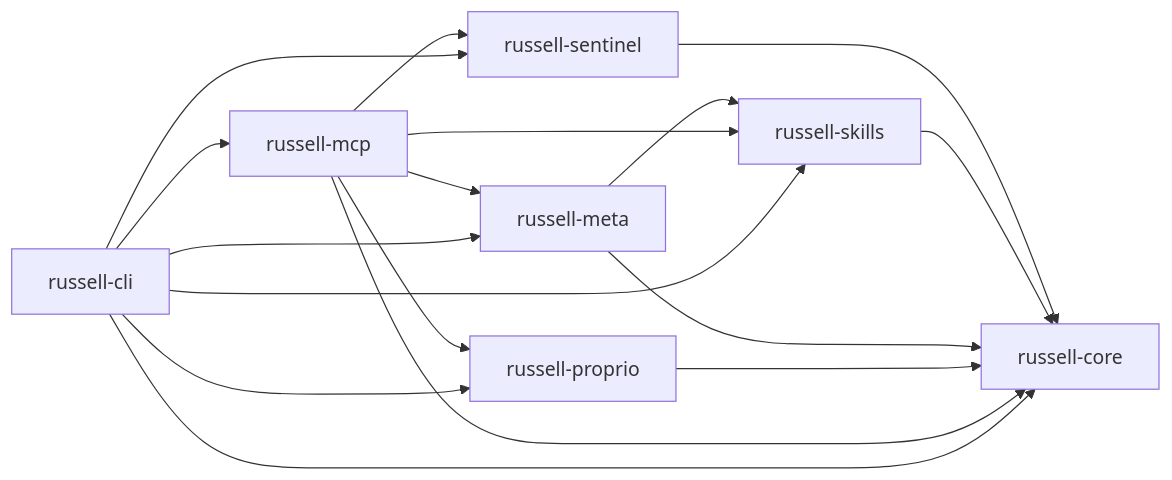
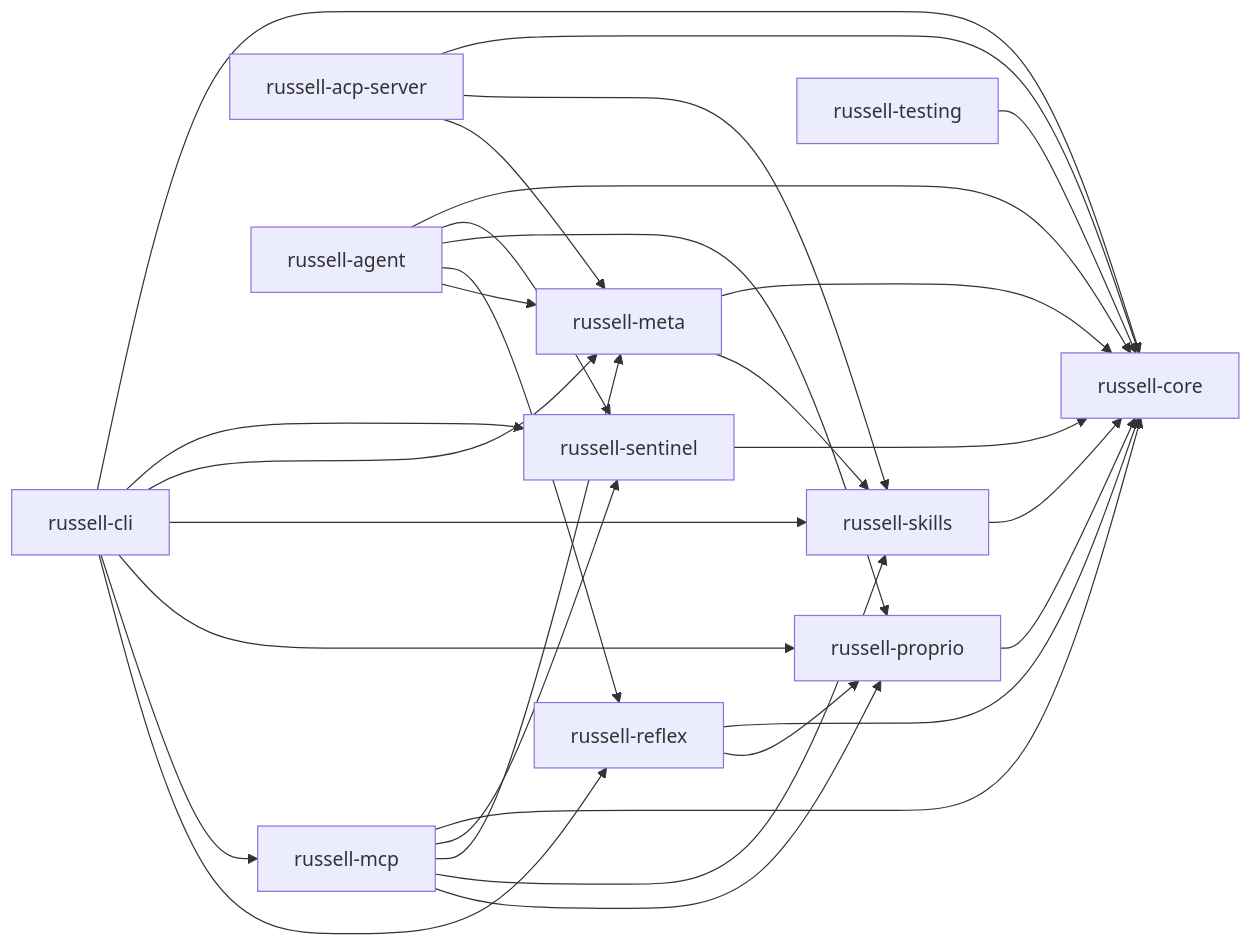
The second of 2 diagrams in docs/architecture/overview.md (mdz-axo/russell), drawn with Mermaid before and after one commit. The commit also changed other lines of this file and 44 other files, not shown here.

````diff
--- a/docs/architecture/overview.md
+++ b/docs/architecture/overview.md
@@ -107,17 +107,25 @@
 ```mermaid
 flowchart LR
   CORE[russell-core]
   SENTINEL[russell-sentinel]
   META[russell-meta]
   SKILLS[russell-skills]
   MCP[russell-mcp]
   PROPRIO[russell-proprio]
   CLI[russell-cli]
+  ACP[russell-acp-server]
+  AGENT[russell-agent]
+  REFLEX[russell-reflex]
+  TESTING[russell-testing]
 
   SENTINEL --> CORE
   SKILLS --> CORE
   META --> CORE & SKILLS
   PROPRIO --> CORE
+  REFLEX --> CORE & PROPRIO
   MCP --> CORE & SENTINEL & META & SKILLS & PROPRIO
-  CLI --> CORE & SENTINEL & META & SKILLS & PROPRIO & MCP
+  ACP --> CORE & SKILLS & META
+  AGENT --> CORE & SENTINEL & PROPRIO & REFLEX & META
+  CLI --> CORE & SENTINEL & META & SKILLS & PROPRIO & MCP & REFLEX
+  TESTING --> CORE
 ```
````
